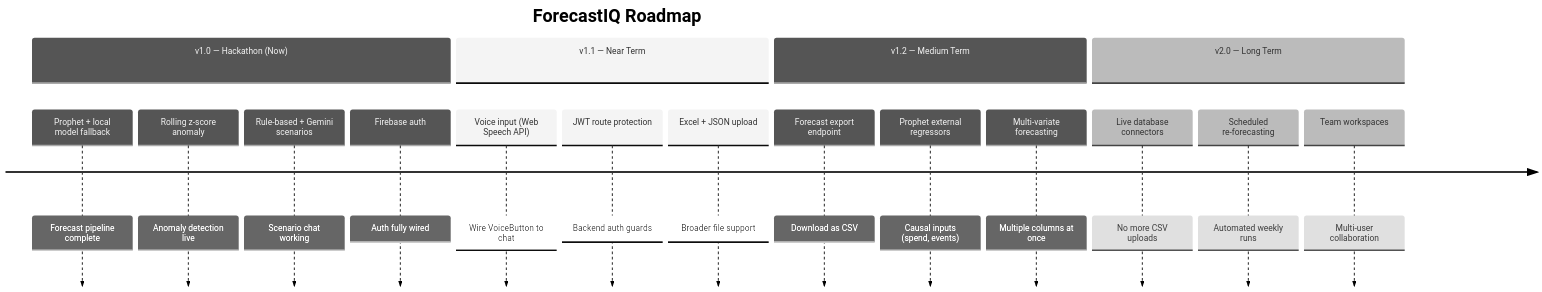
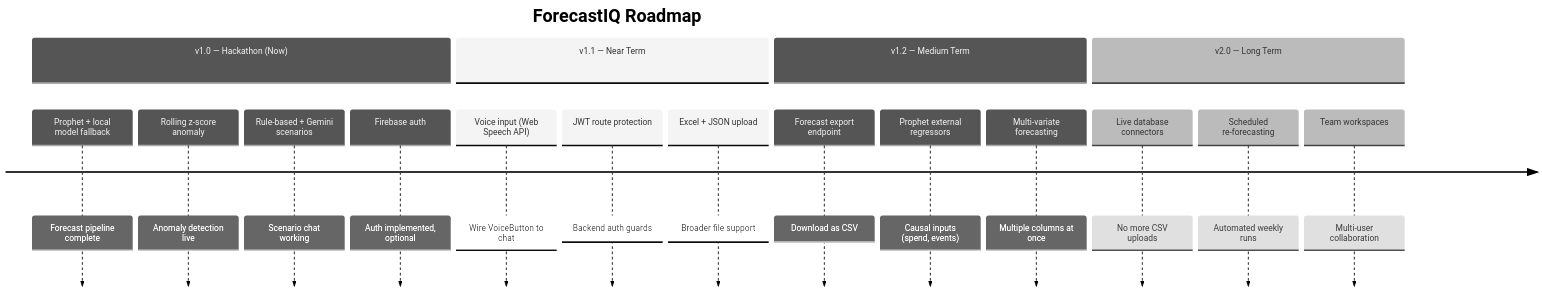
Before and after one commit to samiksha-bansal1/ForeCastIQ: the diagram in README.md, drawn with Mermaid (neutral theme). The commit also changed other lines of this file, not shown here.

Commit message:
Update README with authentication and Firebase details

````diff
--- a/README.md
+++ b/README.md
@@ -668,21 +673,21 @@
 ```mermaid
 timeline
     title ForecastIQ Roadmap
     section v1.0 — Hackathon (Now)
         Prophet + local model fallback  : Forecast pipeline complete
         Rolling z-score anomaly         : Anomaly detection live
         Rule-based + Gemini scenarios   : Scenario chat working
-        Firebase auth                   : Auth fully wired
+        Firebase auth                   : Auth implemented, optional
     section v1.1 — Near Term
         Voice input (Web Speech API)    : Wire VoiceButton to chat
         JWT route protection            : Backend auth guards
         Excel + JSON upload             : Broader file support
     section v1.2 — Medium Term
         Forecast export endpoint        : Download as CSV
         Prophet external regressors     : Causal inputs (spend, events)
         Multi-variate forecasting       : Multiple columns at once
     section v2.0 — Long Term
         Live database connectors        : No more CSV uploads
         Scheduled re-forecasting        : Automated weekly runs
         Team workspaces                 : Multi-user collaboration
 ```
````
